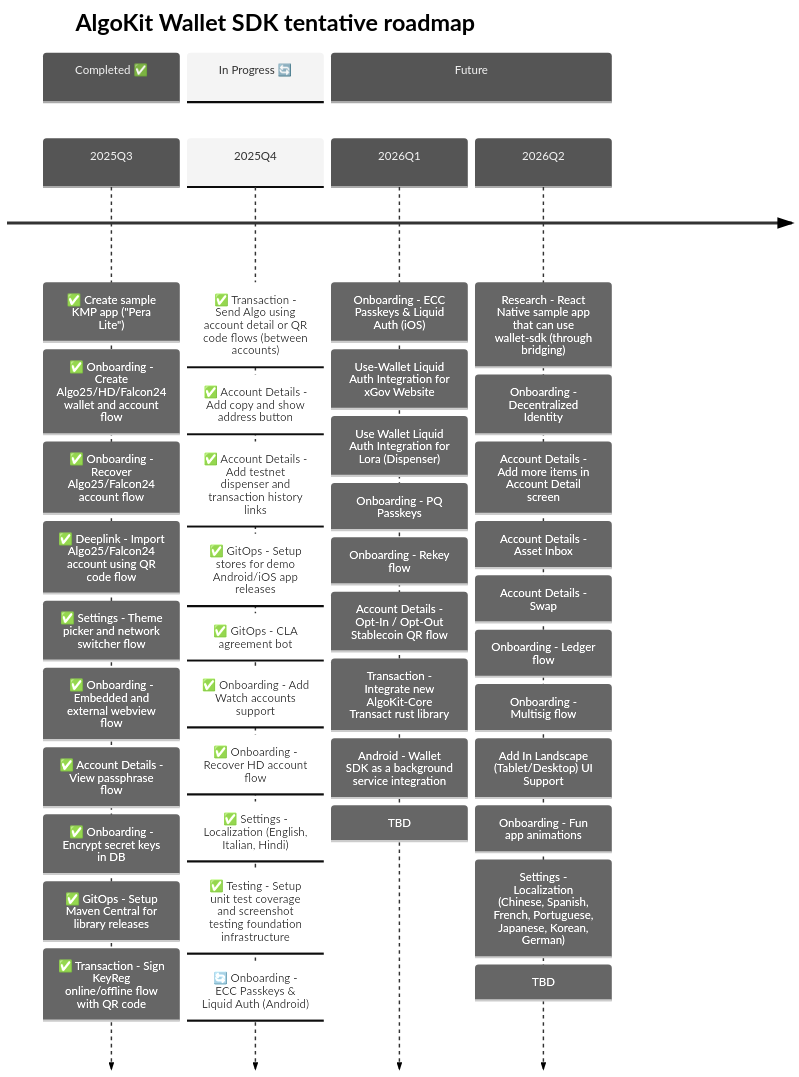
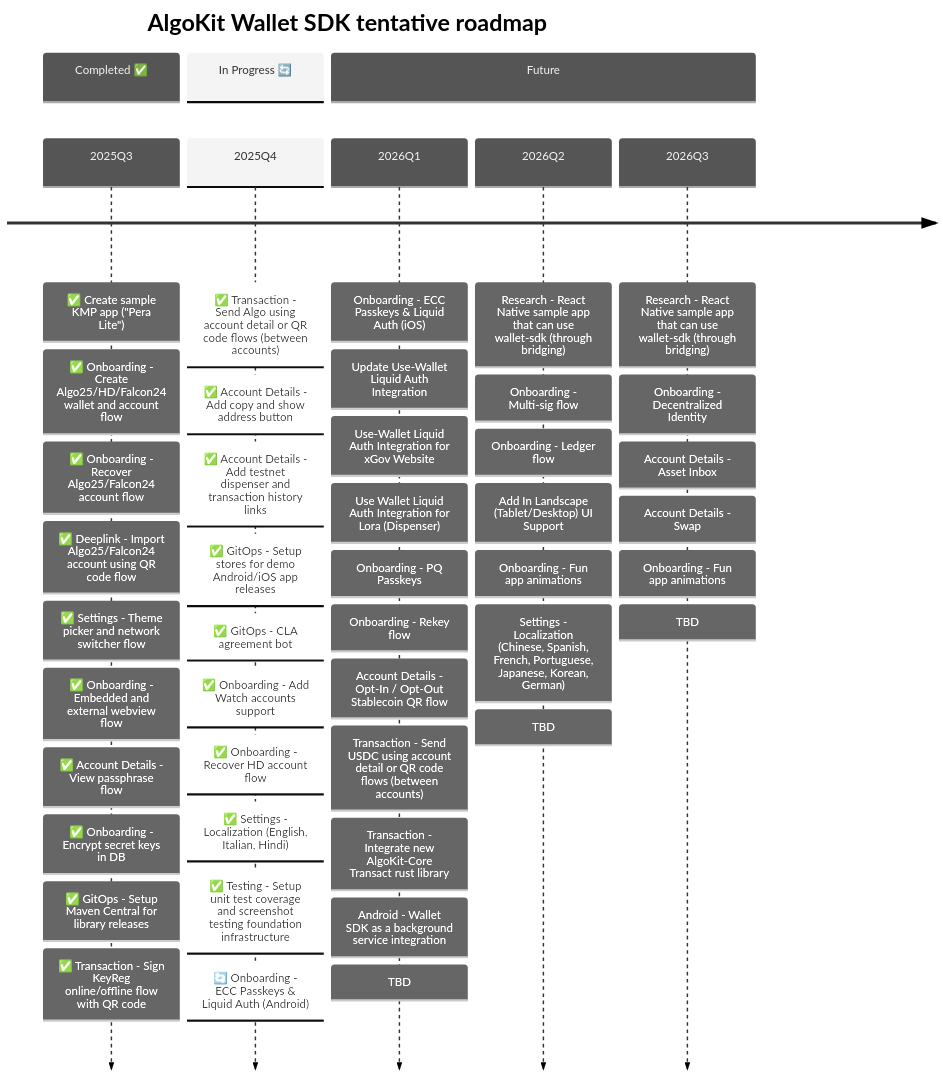
Before and after one commit to michaeltchuangllc/algokit-walletsdk-kmp: the second of 3 diagrams in README.md, drawn with Mermaid.

Commit message:
docs: update roadmap more

````diff
--- a/README.md
+++ b/README.md
@@ -67,55 +67,60 @@
 ```mermaid
 ---
 config:
   theme: 'neutral'
 ---
 timeline
     title AlgoKit Wallet SDK tentative roadmap
 
     section Completed ✅
     2025Q3  : ✅ Create sample KMP app ("Pera Lite")
             : ✅ Onboarding - Create Algo25/HD/Falcon24 wallet and account flow
             : ✅ Onboarding - Recover Algo25/Falcon24 account flow
             : ✅ Deeplink - Import Algo25/Falcon24 account using QR code flow
             : ✅ Settings - Theme picker and network switcher flow
             : ✅ Onboarding - Embedded and external webview flow
             : ✅ Account Details - View passphrase flow
             : ✅ Onboarding - Encrypt secret keys in DB
             : ✅ GitOps - Setup Maven Central for library releases
             : ✅ Transaction - Sign KeyReg online/offline flow with QR code
 
     section In Progress 🔄
     2025Q4  : ✅ Transaction - Send Algo using account detail or QR code flows (between accounts)
             : ✅ Account Details - Add copy and show address button
             : ✅ Account Details - Add testnet dispenser and transaction history links
             : ✅ GitOps - Setup stores for demo Android/iOS app releases
             : ✅ GitOps - CLA agreement bot
             : ✅ Onboarding - Add Watch accounts support
             : ✅ Onboarding - Recover HD account flow
             : ✅ Settings - Localization (English, Italian, Hindi)
             : ✅ Testing - Setup unit test coverage and screenshot testing foundation infrastructure
             : 🔄 Onboarding - ECC Passkeys & Liquid Auth (Android)
 
     section Future
     2026Q1  : Onboarding - ECC Passkeys & Liquid Auth (iOS)
+            : Update Use-Wallet Liquid Auth Integration
             : Use-Wallet Liquid Auth Integration for xGov Website
             : Use Wallet Liquid Auth Integration for Lora (Dispenser)
             : Onboarding - PQ Passkeys
             : Onboarding - Rekey flow
             : Account Details - Opt-In / Opt-Out Stablecoin QR flow
+            : Transaction - Send USDC using account detail or QR code flows (between accounts)
             : Transaction - Integrate new AlgoKit-Core Transact rust library
             : Android - Wallet SDK as a background service integration
             : TBD
     2026Q2   
             : Research - React Native sample app that can use wallet-sdk (through bridging)
-            : Onboarding - Decentralized Identity
-            : Account Details - Add more items in Account Detail screen
-            : Account Details - Asset Inbox
-            : Account Details - Swap
+            : Onboarding - Multi-sig flow
             : Onboarding - Ledger flow
-            : Onboarding - Multisig flow
             : Add In Landscape (Tablet/Desktop) UI Support
             : Onboarding - Fun app animations
             : Settings - Localization (Chinese, Spanish, French, Portuguese, Japanese, Korean, German)
             : TBD
+    2026Q3
+            : Research - React Native sample app that can use wallet-sdk (through bridging)
+            : Onboarding - Decentralized Identity
+            : Account Details - Asset Inbox
+            : Account Details - Swap
+            : Onboarding - Fun app animations
+            : TBD
 ```
````
